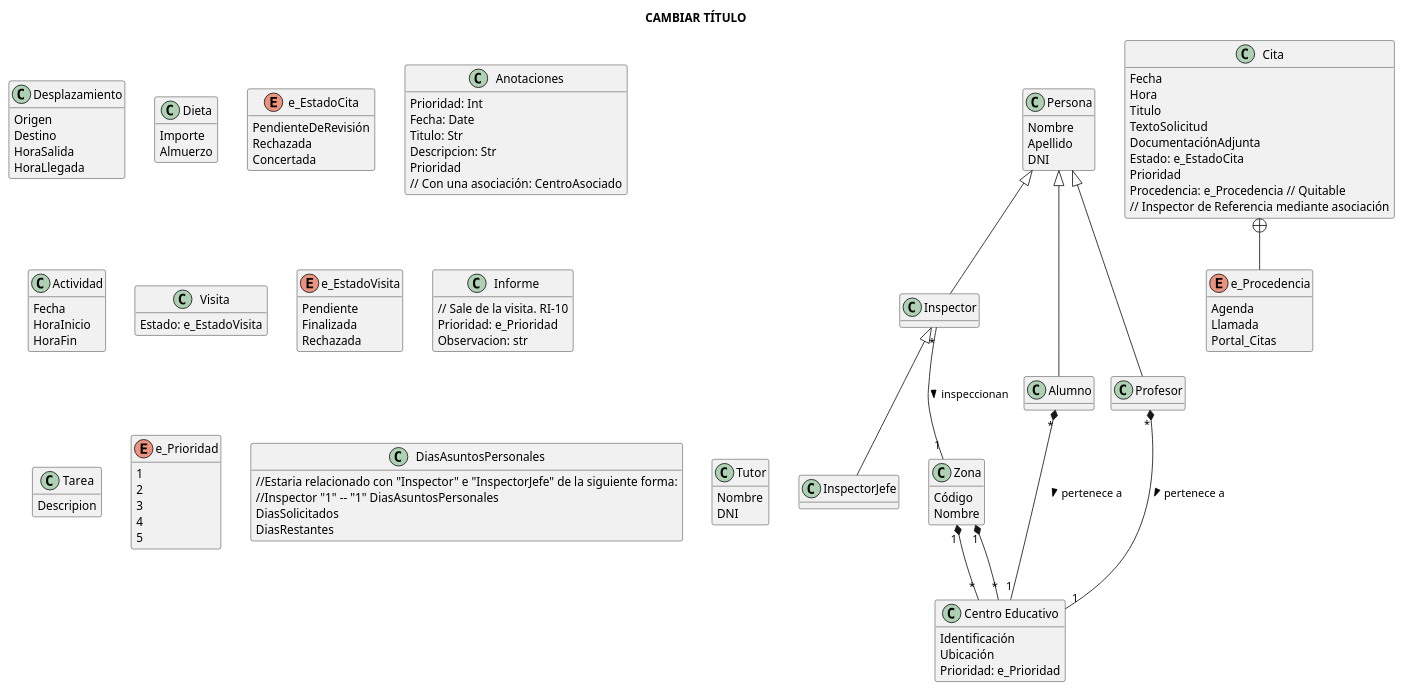
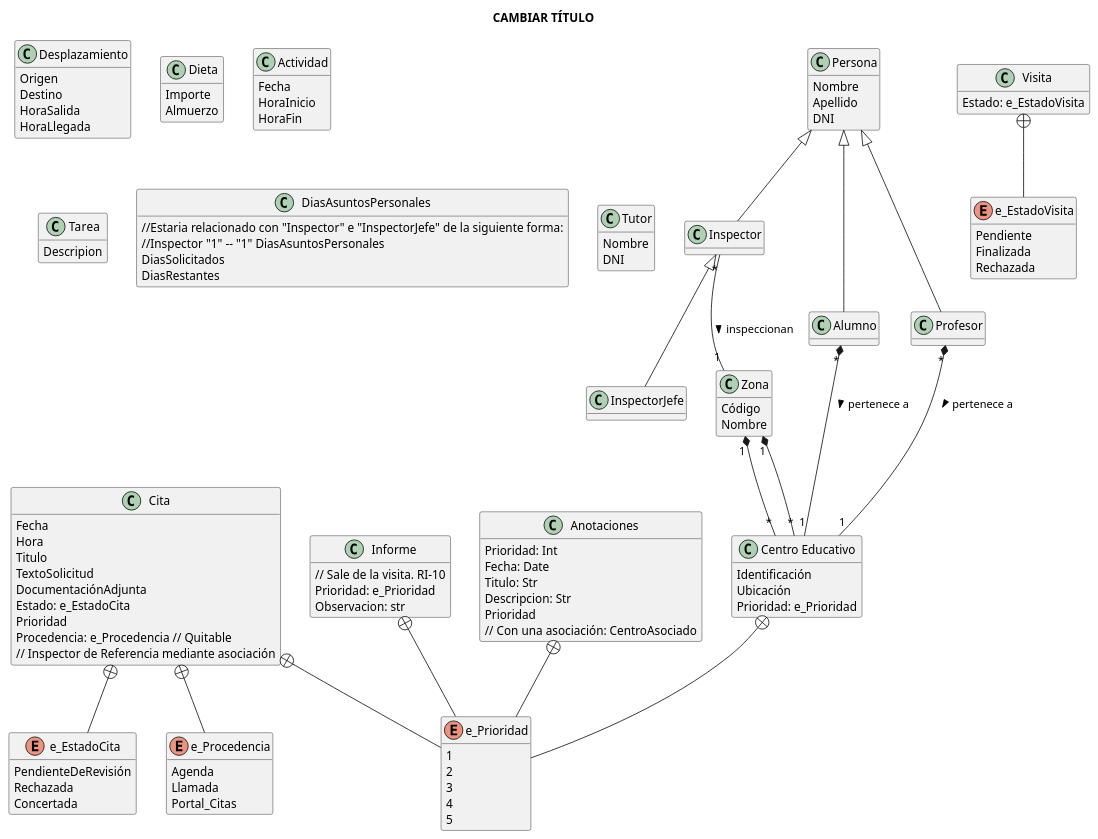
The diagram in docs/modelado_conceptual.puml (lorenzomaranon/ProyectoBD_Inspeccion_Educativa), drawn with PlantUML before and after one commit.

Commit message:
Añade relaciones con enumerados

```diff
--- a/docs/modelado_conceptual.puml
+++ b/docs/modelado_conceptual.puml
@@ -138,6 +138,12 @@
 }
 
 Cita +-- e_Procedencia
+Cita +-- e_EstadoCita
+Visita +-- e_EstadoVisita
+Cita +-- e_Prioridad
+CentroEducativo +-- e_Prioridad
+Informe +-- e_Prioridad
+Anotaciones +-- e_Prioridad
 
 
 class Anotaciones{
```
